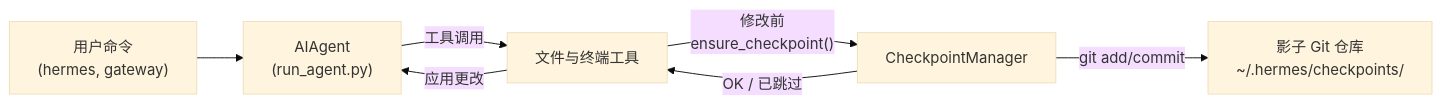
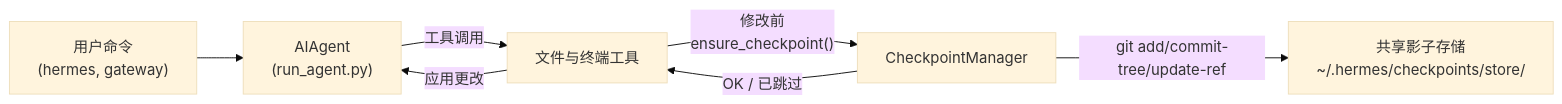
The diagram in translations/docs/user-guide/checkpoints-and-rollback.md (lyy0709/hermes-agent-zh), drawn with Mermaid (base theme) before and after one commit. The commit also changed other lines of this file and 22 other files, not shown here.

````diff
--- a/translations/docs/user-guide/checkpoints-and-rollback.md
+++ b/translations/docs/user-guide/checkpoints-and-rollback.md
@@ -43,15 +69,15 @@
 ```mermaid
 flowchart LR
   user["用户命令\n(hermes, gateway)"]
   agent["AIAgent\n(run_agent.py)"]
   tools["文件与终端工具"]
   cpMgr["CheckpointManager"]
-  shadowRepo["影子 Git 仓库\n~/.hermes/checkpoints/<hash>"]
+  store["共享影子存储\n~/.hermes/checkpoints/store/"]
 
   user --> agent
   agent -->|"工具调用"| tools
   tools -->|"修改前\nensure_checkpoint()"| cpMgr
-  cpMgr -->|"git add/commit"| shadowRepo
+  cpMgr -->|"git add/commit-tree/update-ref"| store
   cpMgr -->|"OK / 已跳过"| tools
   tools -->|"应用更改"| agent
 ```
````
